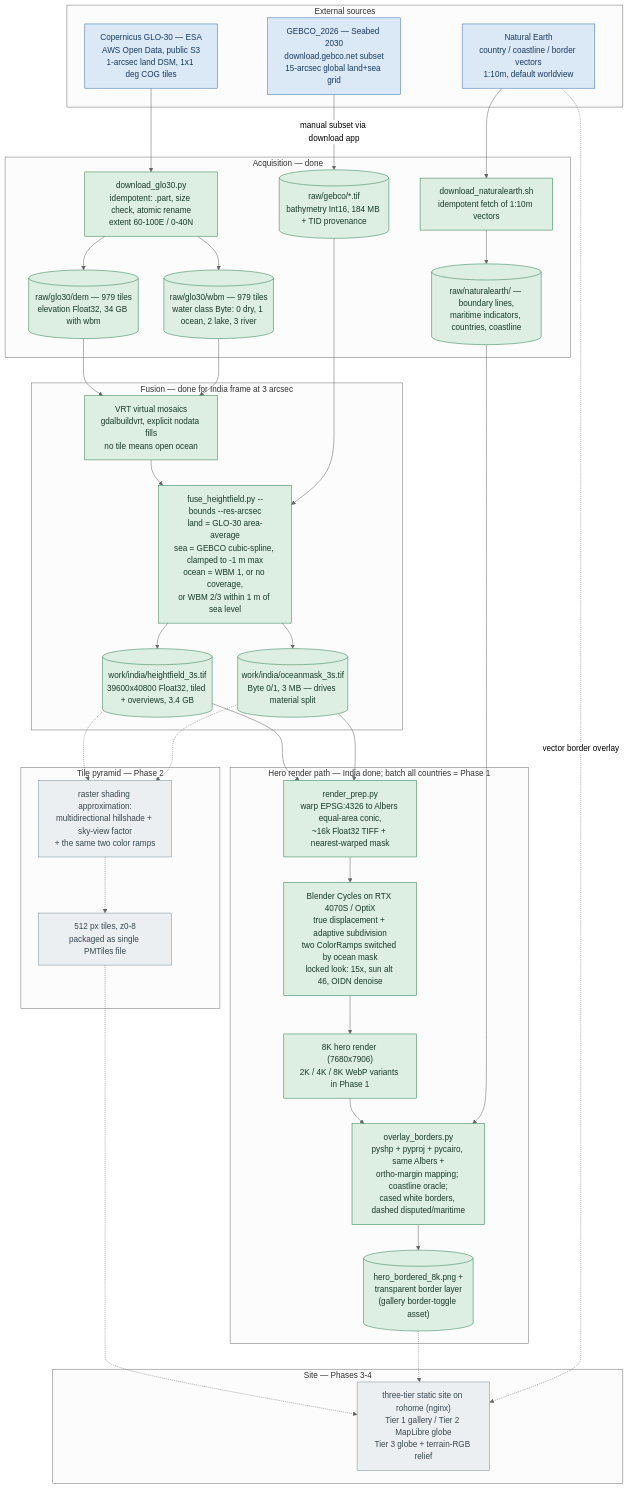
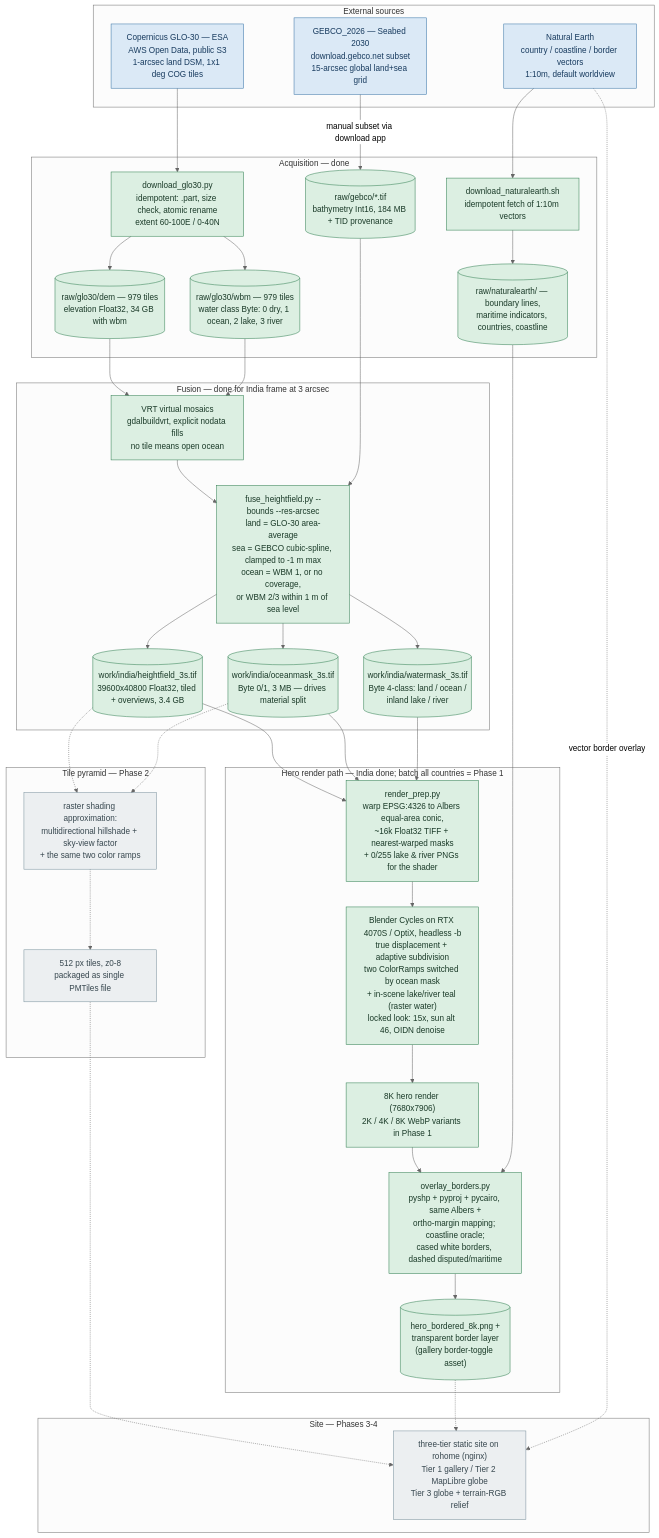
The diagram in docs/pipeline-detail.mmd (Alchez/terrella), drawn with Mermaid (neutral theme) before and after one commit. The commit also changed 7 other files, not shown here.

```diff
--- a/docs/pipeline-detail.mmd
+++ b/docs/pipeline-detail.mmd
@@ -1,83 +1,86 @@
 %% Low-level companion to pipeline-overview.mmd — same structure, full technical
 %% labels. Update both when the pipeline changes.
 
 flowchart TD
 
   subgraph SRC["External sources"]
     S1["Copernicus GLO-30 — ESA<br/>AWS Open Data, public S3<br/>1-arcsec land DSM, 1x1 deg COG tiles"]
     S2["GEBCO_2026 — Seabed 2030<br/>download.gebco.net subset<br/>15-arcsec global land+sea grid"]
     S3["Natural Earth<br/>country / coastline / border vectors<br/>1:10m, default worldview"]
   end
 
   subgraph ACQ["Acquisition — done"]
     D1["download_glo30.py<br/>idempotent: .part, size check, atomic rename<br/>extent 60-100E / 0-40N"]
     R1[("raw/glo30/dem — 979 tiles<br/>elevation Float32, 34 GB with wbm")]
     R2[("raw/glo30/wbm — 979 tiles<br/>water class Byte: 0 dry, 1 ocean, 2 lake, 3 river")]
     R3[("raw/gebco/*.tif<br/>bathymetry Int16, 184 MB + TID provenance")]
     D2["download_naturalearth.sh<br/>idempotent fetch of 1:10m vectors"]
     R4[("raw/naturalearth/ — boundary lines,<br/>maritime indicators, countries, coastline")]
   end
 
   S1 --> D1
   D1 --> R1
   D1 --> R2
   S2 -->|manual subset via download app| R3
   S3 --> D2
   D2 --> R4
 
   subgraph FUSE["Fusion — done for India frame at 3 arcsec"]
     V["VRT virtual mosaics<br/>gdalbuildvrt, explicit nodata fills<br/>no tile means open ocean"]
     F["fuse_heightfield.py --bounds --res-arcsec<br/>land = GLO-30 area-average<br/>sea = GEBCO cubic-spline, clamped to -1 m max<br/>ocean = WBM 1, or no coverage,<br/>or WBM 2/3 within 1 m of sea level"]
     O1[("work/india/heightfield_3s.tif<br/>39600x40800 Float32, tiled + overviews, 3.4 GB")]
     O2[("work/india/oceanmask_3s.tif<br/>Byte 0/1, 3 MB — drives material split")]
+    O3[("work/india/watermask_3s.tif<br/>Byte 4-class: land / ocean /<br/>inland lake / river")]
   end
 
   R1 --> V
   R2 --> V
   V --> F
   R3 --> F
   F --> O1
   F --> O2
+  F --> O3
 
   subgraph HERO["Hero render path — India done; batch all countries = Phase 1"]
-    P["render_prep.py<br/>warp EPSG:4326 to Albers equal-area conic,<br/>~16k Float32 TIFF + nearest-warped mask"]
-    B["Blender Cycles on RTX 4070S / OptiX<br/>true displacement + adaptive subdivision<br/>two ColorRamps switched by ocean mask<br/>locked look: 15x, sun alt 46, OIDN denoise"]
+    P["render_prep.py<br/>warp EPSG:4326 to Albers equal-area conic,<br/>~16k Float32 TIFF + nearest-warped masks<br/>+ 0/255 lake & river PNGs for the shader"]
+    B["Blender Cycles on RTX 4070S / OptiX, headless -b<br/>true displacement + adaptive subdivision<br/>two ColorRamps switched by ocean mask<br/>+ in-scene lake/river teal (raster water)<br/>locked look: 15x, sun alt 46, OIDN denoise"]
     H8["8K hero render (7680x7906)<br/>2K / 4K / 8K WebP variants in Phase 1"]
     OV["overlay_borders.py<br/>pyshp + pyproj + pycairo, same Albers +<br/>ortho-margin mapping; coastline oracle;<br/>cased white borders, dashed disputed/maritime"]
     HF[("hero_bordered_8k.png +<br/>transparent border layer<br/>(gallery border-toggle asset)")]
   end
 
   O1 --> P
   O2 --> P
+  O3 --> P
   P --> B
   B --> H8
   H8 --> OV
   R4 --> OV
   OV --> HF
 
   subgraph TILES["Tile pyramid — Phase 2"]
     T1["raster shading approximation:<br/>multidirectional hillshade + sky-view factor<br/>+ the same two color ramps"]
     T2["512 px tiles, z0-8<br/>packaged as single PMTiles file"]
   end
 
   O1 -.-> T1
   O2 -.-> T1
   T1 -.-> T2
 
   subgraph SITE["Site — Phases 3-4"]
     W["three-tier static site on rohome (nginx)<br/>Tier 1 gallery / Tier 2 MapLibre globe<br/>Tier 3 globe + terrain-RGB relief"]
   end
 
   T2 -.-> W
   HF -.-> W
   S3 -.->|vector border overlay| W
 
   classDef ext fill:#dbe9f6,stroke:#3572a5,color:#173a5e
   classDef done fill:#dcefe2,stroke:#2e7d4f,color:#1a3a28
   classDef next fill:#fdf3d7,stroke:#b8860b,color:#4a3a10
   classDef plan fill:#eceff1,stroke:#78909c,color:#37474f
 
   class S1,S2,S3 ext
-  class D1,R1,R2,R3,D2,R4,V,F,O1,O2 done
+  class D1,R1,R2,R3,D2,R4,V,F,O1,O2,O3 done
   class P,B,H8,OV,HF done
   class T1,T2,W plan
```
